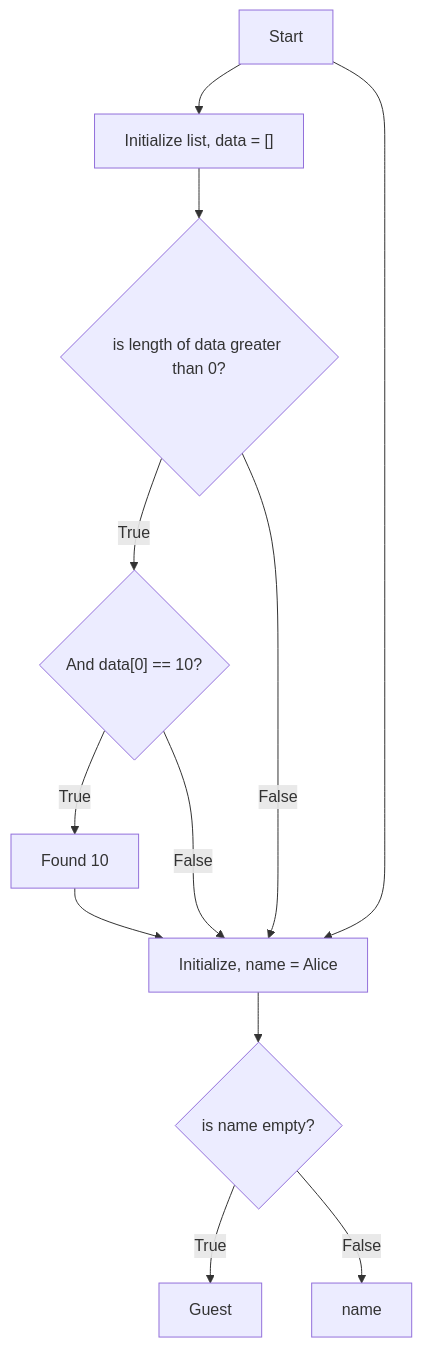
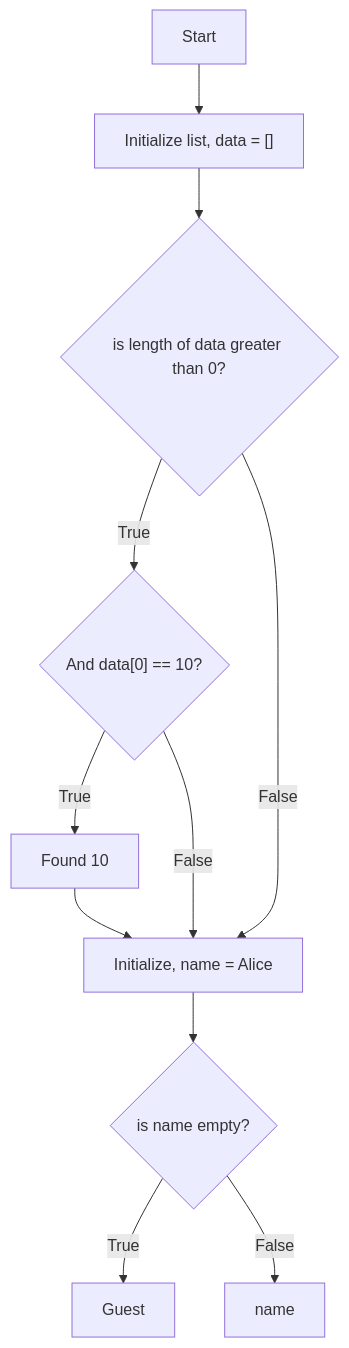
The second of 3 diagrams in midterm/LogicalOperations/README.md (BSDSA-ISU/Programminng-for-data-science), drawn with Mermaid before and after one commit.

Commit message:
Update README.md mermaid mistake

````diff
--- a/midterm/LogicalOperations/README.md
+++ b/midterm/LogicalOperations/README.md
@@ -164,17 +164,17 @@
 ```mermaid
 flowchart TD
     A["Start"] --> List["Initialize list, data = []"]
     List --> B{"is length of data greater than 0?"}
     B --> |True| C{"And data[0] == 10?"}
     C --> |True| D["Found 10"]
 
-    A --> Name["Initialize, name = Alice"]
+    Name["Initialize, name = Alice"]
     C --> |False| Name
     B --> |False| Name
     D --> Name
 
     Name --> E{"is name empty?"}
     E --> |True| G["Guest"]
     E --> |False| F["name"]
 
 ```
````
